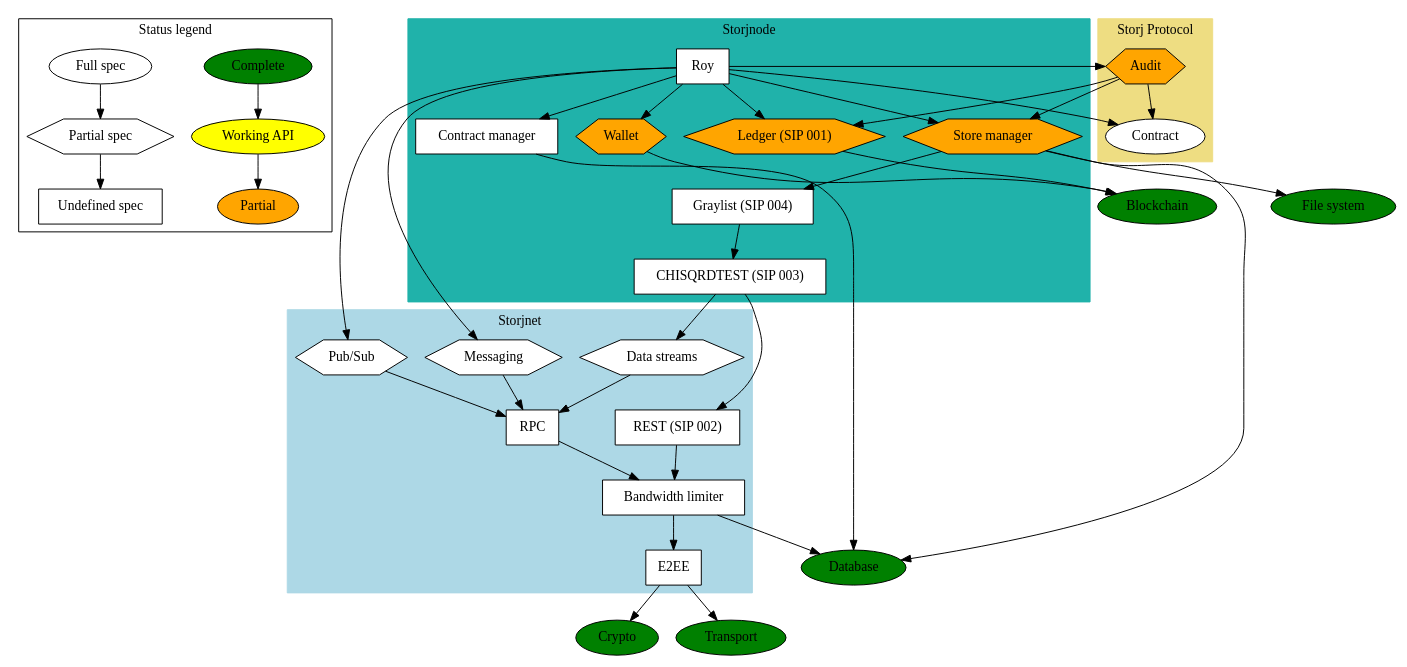
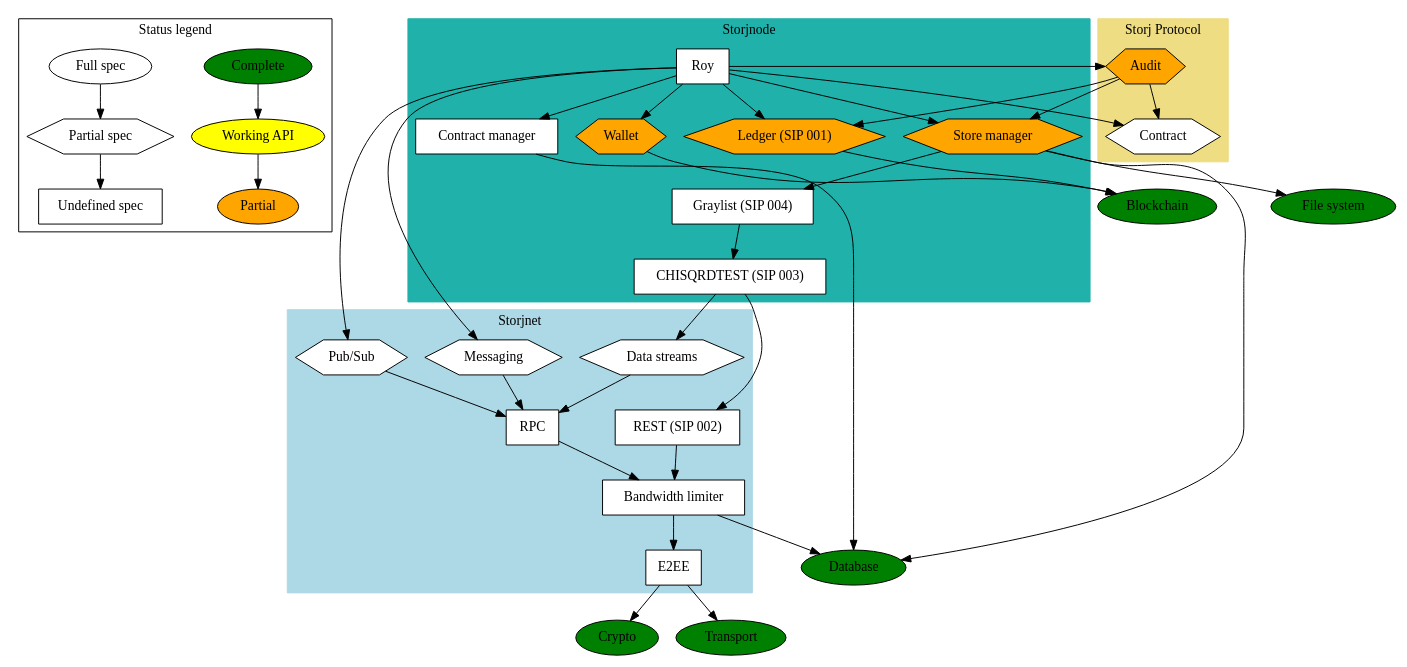
The diagram in status.dot (StorjOld/storjspec), drawn with Graphviz before and after one commit. The commit also changed 2 other files, not shown here.

Commit message:
added initial contract schema

```diff
--- a/status.dot
+++ b/status.dot
@@ -1,99 +1,99 @@
 // syntax guide: http://www.graphviz.org/pdf/dotguide.pdf
 // compile: `dot -Tpdf dependencies.dot -o dependencies.pdf`
 
 
 digraph G {
     node [shape="box", style="filled", color="black", fillcolor="white"];
 
     // LEGEND
     subgraph cluster_0 {
         label = "Status legend";
 
         "Complete" [fillcolor=green, shape=ellipse];
         "Working API" [fillcolor=yellow, shape=ellipse];
         "Partial" [fillcolor=orange, shape=ellipse];
 
         "Full spec" [shape=ellipse];
         "Partial spec" [shape=hexagon];
         "Undefined spec" [shape=box];
     };
     "Complete" -> "Working API" -> "Partial";
     "Full spec" -> "Partial spec" -> "Undefined spec";
 
 
     // STORJNET
     subgraph cluster_1 {
         label = "Storjnet";
         style=filled;
         color=lightblue;
 
         "Pub/Sub" [shape=hexagon]; // enable publishing and subscribing to events
         "Data streams" [shape=hexagon]; // full duplex data transfer
         "Messaging" [shape=hexagon]; // to shortcut the pubsub after peer found
         "RPC"; // rpc calls and data transfer between clients
         "E2EE"; // End-to-end encryption
         "Bandwidth limiter";
         "REST (SIP 002)"; // put/get shards
     };
     "Pub/Sub" -> "RPC";
     "Messaging" -> "RPC";
     "Data streams" -> "RPC";
     "RPC" -> "Bandwidth limiter";
     "REST (SIP 002)" -> "Bandwidth limiter";
     "Bandwidth limiter" -> "E2EE";
     "E2EE" -> "Crypto";
     "E2EE" -> "Transport";
     "Bandwidth limiter" -> "Database";
 
     // STORJ PROTOCOL
     subgraph cluster_2 {
         label = "Storj Protocol";
         style=filled;
         color=lightgoldenrod;
 
-        "Contract" [shape=ellipse]; // terms of a storage contract between peers
+        "Contract" [shape=hexagon]; // terms of a storage contract between peers
         "Audit" [fillcolor=orange, shape=hexagon]; // track state of a contract over time
     };
     "Audit" -> "Contract"; // when/how to perform the audit
     "Audit" -> "Store manager"; // perform audit challange
     "Audit" -> "Ledger (SIP 001)"; // save result in ledger
 
     // STORJNODE
     subgraph cluster_3 {
         label = "Storjnode";
         style=filled;
         color=lightseagreen;
 
         "Roy"; // for sending/receiving of funds for services used 
         "Store manager" [fillcolor=orange, shape=hexagon];
         "Wallet" [fillcolor=orange, shape=hexagon];
         "Contract manager"; // Store contracts
         "CHISQRDTEST (SIP 003)";
         "Graylist (SIP 004)";
         "Ledger (SIP 001)" [fillcolor=orange, shape=hexagon];
     };
     "Roy" -> "Contract manager";
     "Contract manager" -> "Database";
     "Store manager" -> "File system";
     "Store manager" -> "Graylist (SIP 004)";
     "Store manager" -> "Database";
     "Graylist (SIP 004)" -> "CHISQRDTEST (SIP 003)";
     "CHISQRDTEST (SIP 003)" -> "Data streams";
     "CHISQRDTEST (SIP 003)" -> "REST (SIP 002)";
     "Wallet" -> "Blockchain";
     "Roy" -> "Messaging";
     "Roy" -> "Audit"; // perform audits
     "Roy" -> "Contract"; // verify agreed to use/provide a service
     "Roy" -> "Ledger (SIP 001)"; // verify service was used/provided
     "Roy" -> "Wallet"; // transfer funds
     "Roy" -> "Pub/Sub"; // ask/bid on contracts
     "Roy" -> "Store manager";
     "Ledger (SIP 001)" -> "Blockchain";
 
     // EXTERNAL
     "File system" [fillcolor=green, shape=ellipse];
     "Crypto" [fillcolor=green, shape=ellipse];
     "Database" [fillcolor=green, shape=ellipse];
     "Blockchain" [fillcolor=green, shape=ellipse];
     "Transport" [fillcolor=green, shape=ellipse];
 }
```
